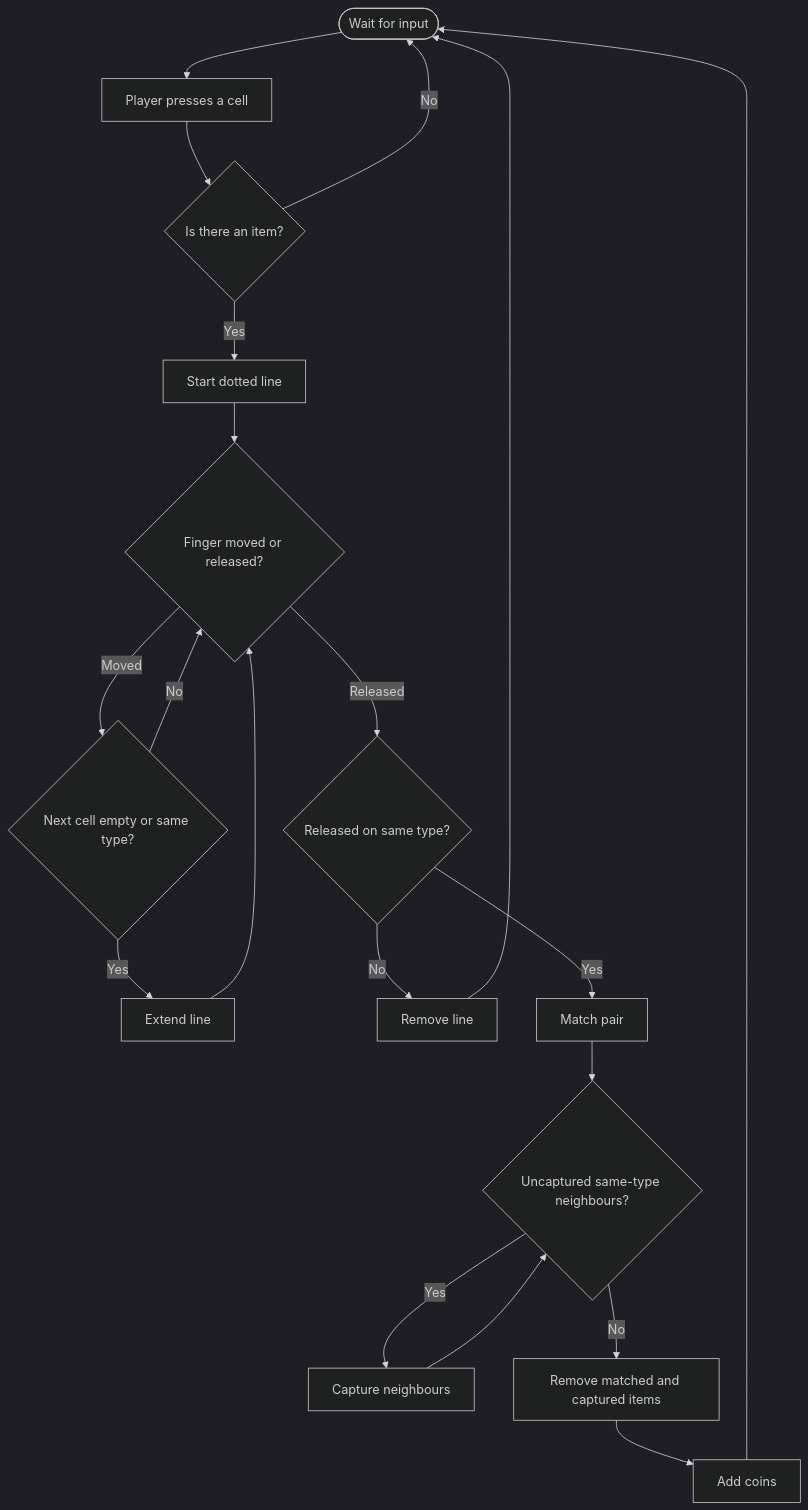
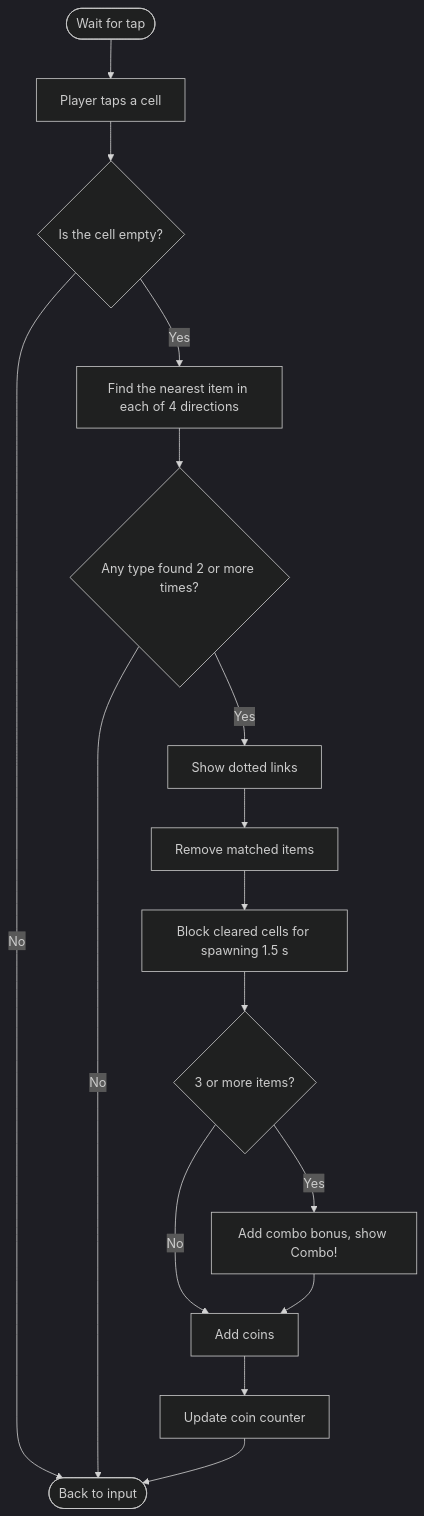
Before and after one commit to meetzhukova/room-up: the second of 3 diagrams in docs/flowcharts.md, drawn with Mermaid (dark theme). The commit also changed other lines of this file and 7 other files, not shown here.

Commit message:
docs: update GDD and diagrams for v0.2 (#47)

````diff
--- a/docs/flowcharts.md
+++ b/docs/flowcharts.md
@@ -65,25 +65,18 @@
 ```mermaid
 flowchart TD
-    Wait([Wait for input]) --> Press[Player presses a cell]
-    Press --> HasItem{"Is there an item?"}
-    HasItem -- "No" --> Wait
-    HasItem -- "Yes" --> Start[Start dotted line]
-
-    Start --> Action{"Finger moved or released?"}
-    Action -- "Moved" --> CanEnter{"Next cell empty or same type?"}
-    CanEnter -- "Yes" --> Extend[Extend line]
-    Extend --> Action
-    CanEnter -- "No" --> Action
-
-    Action -- "Released" --> Same{"Released on same type?"}
-    Same -- "No" --> Cancel[Remove line]
-    Cancel --> Wait
-
-    Same -- "Yes" --> Match[Match pair]
-    Match --> Neighbours{"Uncaptured same-type neighbours?"}
-    Neighbours -- "Yes" --> Capture[Capture neighbours]
-    Capture --> Neighbours
-    Neighbours -- "No" --> Remove[Remove matched and captured items]
-    Remove --> Coins[Add coins]
-    Coins --> Wait
+    Wait([Wait for tap]) --> Tap[Player taps a cell]
+    Tap --> Empty{"Is the cell empty?"}
+    Empty -- "No" --> Back([Back to input])
+    Empty -- "Yes" --> Find[Find the nearest item in each of 4 directions]
+    Find --> Pair{"Any type found 2 or more times?"}
+    Pair -- "No" --> Back
+    Pair -- "Yes" --> Links[Show dotted links]
+    Links --> Remove[Remove matched items]
+    Remove --> Block[Block cleared cells for spawning 1.5 s]
+    Block --> Combo{"3 or more items?"}
+    Combo -- "Yes" --> Bonus["Add combo bonus, show Combo!"]
+    Combo -- "No" --> Coins[Add coins]
+    Bonus --> Coins
+    Coins --> Counter[Update coin counter]
+    Counter --> Back
 ```
````
